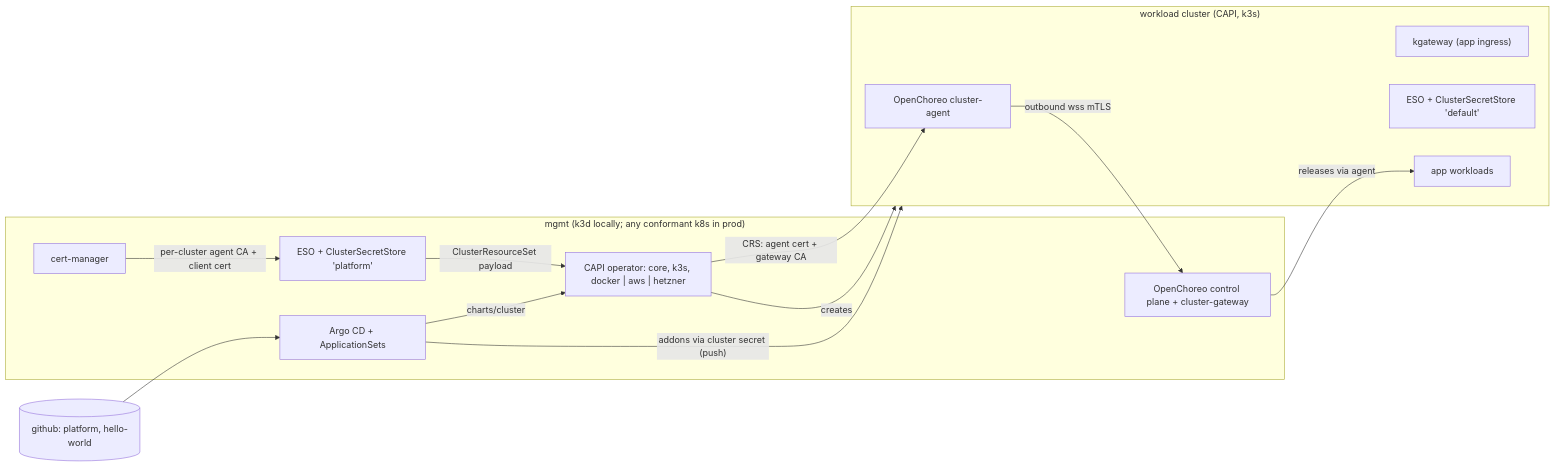
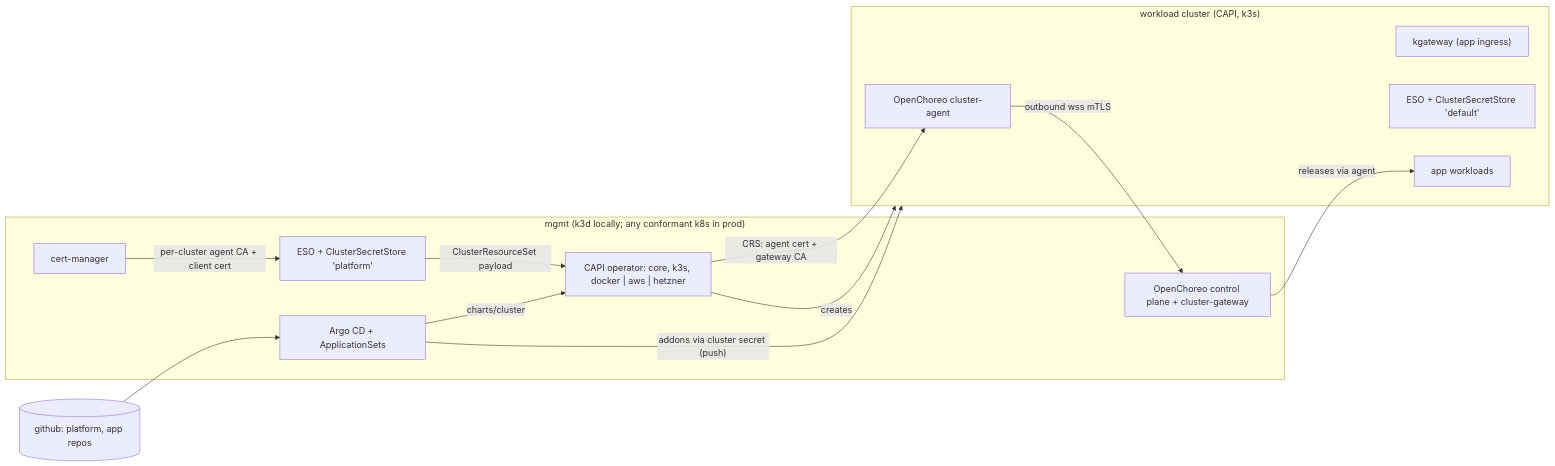
One commit to Sparky-stack/platform changed the diagram in docs/architecture.md. Above: the diagram before and after it, drawn with Mermaid. The commit also changed other lines of this file and 3 other files, not shown here.

````diff
--- a/docs/architecture.md
+++ b/docs/architecture.md
@@ -14,25 +16,25 @@
 ```mermaid
 flowchart LR
-  git[(github: platform, hello-world)]
+  git[(github: platform, app repos)]
   subgraph mgmt["mgmt (k3d locally; any conformant k8s in prod)"]
     argo["Argo CD + ApplicationSets"]
     capi["CAPI operator: core, k3s, docker | aws | hetzner"]
     eso["ESO + ClusterSecretStore 'platform'"]
     cm[cert-manager]
     occp["OpenChoreo control plane + cluster-gateway"]
   end
   subgraph wl["workload cluster <name> (CAPI, k3s)"]
     agent["OpenChoreo cluster-agent"]
     gw["kgateway (app ingress)"]
     weso["ESO + ClusterSecretStore 'default'"]
     apps["app workloads"]
   end
   git --> argo
   argo -->|"charts/cluster"| capi -->|"creates"| wl
   argo -->|"addons via cluster secret (push)"| wl
   cm -->|"per-cluster agent CA + client cert"| eso
   eso -->|"ClusterResourceSet payload"| capi
   capi -->|"CRS: agent cert + gateway CA"| agent
   agent -->|"outbound wss mTLS"| occp
   occp -->|"releases via agent"| apps
 ```
````
